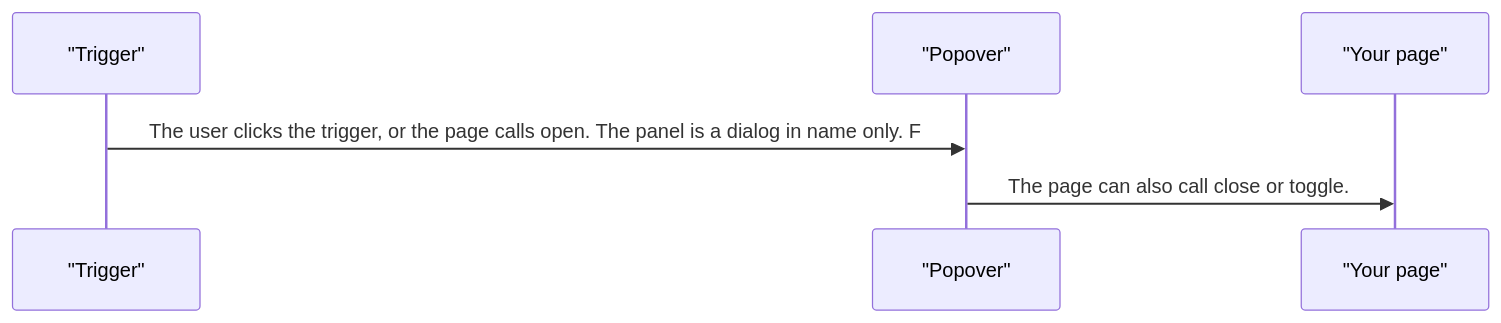
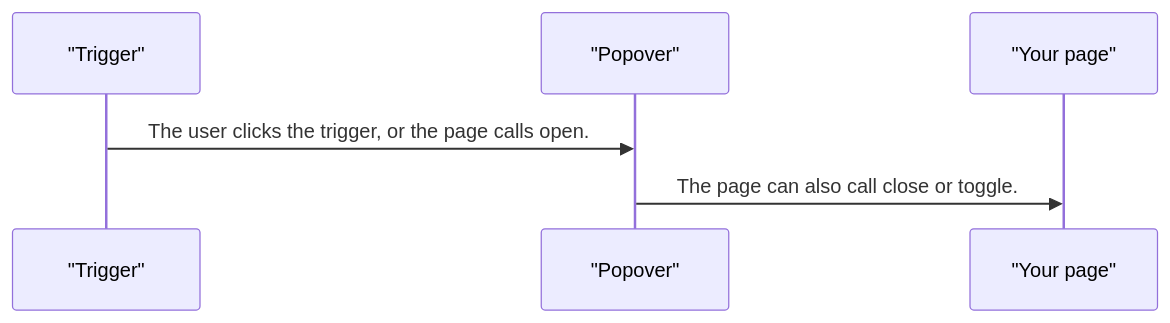
The second of 4 diagrams in projects/pixel-ui/src/lib/pixel-popover/DESIGN.md (RajshekharBorate/pixel-ui), drawn with Mermaid before and after one commit. The commit also changed other lines of this file and 80 other files, not shown here.

Commit message:
Fill missing design flows and correct the stories that did not match component behavior.

````diff
--- a/projects/pixel-ui/src/lib/pixel-popover/DESIGN.md
+++ b/projects/pixel-ui/src/lib/pixel-popover/DESIGN.md
@@ -52,8 +52,8 @@
 ```mermaid
 sequenceDiagram
   participant trigger as "Trigger"
   participant panel as "Popover"
   participant page as "Your page"
-  trigger->>panel: The user clicks the trigger, or the page calls open. The panel is a dialog in name only. F
+  trigger->>panel: The user clicks the trigger, or the page calls open.
   panel->>page: The page can also call close or toggle.
 ```
````
